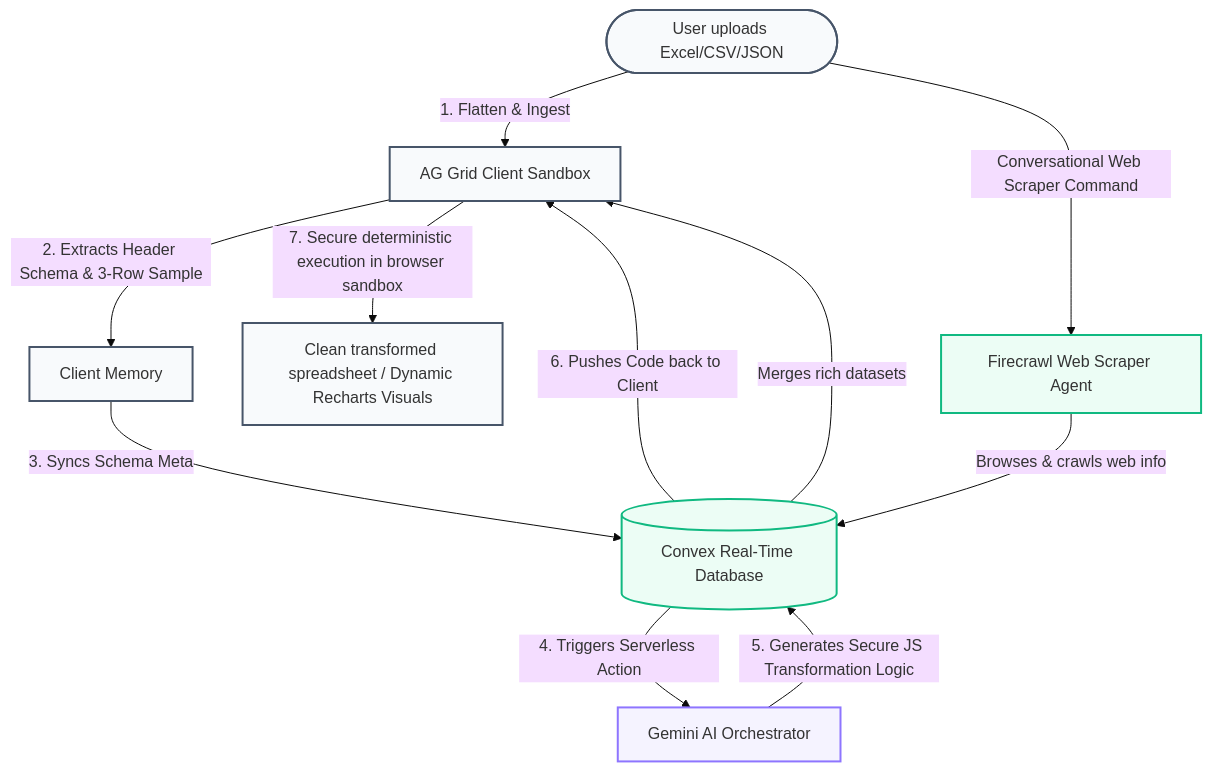
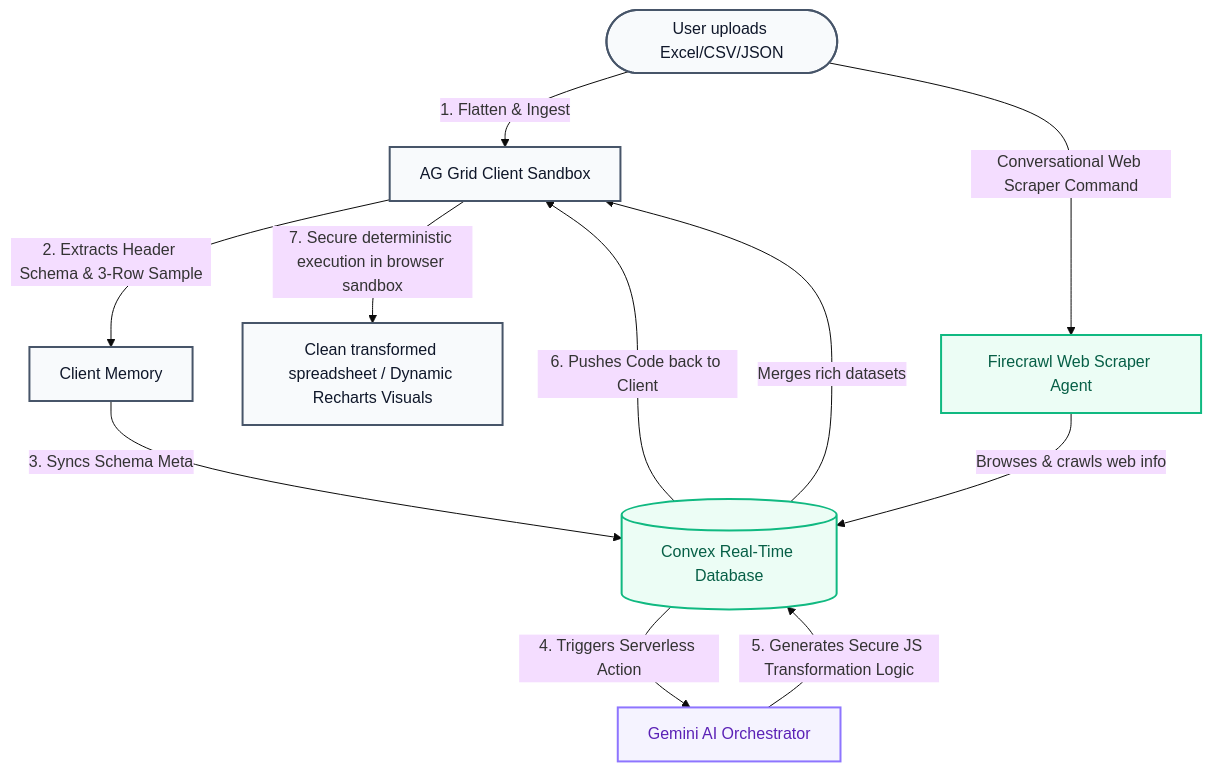
One commit to samolubukun/Catalyst-The-Conversational-Spreadsheet-Agent changed the diagram in README.md. Above: the diagram before and after it, drawn with Mermaid (base theme).

Commit message:
Fix dark mode text readability in Mermaid flowchart

````diff
--- a/README.md
+++ b/README.md
@@ -41,31 +41,31 @@
 ```mermaid
 graph TD
     %% Styling Nodes
-    classDef client fill:#f8fafc,stroke:#475569,stroke-width:2px;
-    classDef convex fill:#ecfdf5,stroke:#10b981,stroke-width:2px;
-    classDef ai fill:#f5f3ff,stroke:#8e75ff,stroke-width:2px;
+    classDef client fill:#f8fafc,stroke:#475569,stroke-width:2px,color:#0f172a;
+    classDef convex fill:#ecfdf5,stroke:#10b981,stroke-width:2px,color:#065f46;
+    classDef ai fill:#f5f3ff,stroke:#8e75ff,stroke-width:2px,color:#5b21b6;
     
     %% User Actions
     User([User uploads Excel/CSV/JSON]) -->|1. Flatten & Ingest| Grid[AG Grid Client Sandbox]
     
     %% Schema Extraction
     Grid -->|2. Extracts Header Schema & 3-Row Sample| LocalEnv[Client Memory]
     LocalEnv -->|3. Syncs Schema Meta| DB[(Convex Real-Time Database)]
     
     %% AI Generation
     DB -->|4. Triggers Serverless Action| AIOrchestrator[Gemini AI Orchestrator]
     AIOrchestrator -->|5. Generates Secure JS Transformation Logic| DB
     
     %% Client execution
     DB -->|6. Pushes Code back to Client| Grid
     Grid -->|7. Secure deterministic execution in browser sandbox| Output[Clean transformed spreadsheet / Dynamic Recharts Visuals]
     
     %% Web scraper integration
     User -->|Conversational Web Scraper Command| ResearchAgent[Firecrawl Web Scraper Agent]
     ResearchAgent -->|Browses & crawls web info| DB
     DB -->|Merges rich datasets| Grid
     
     class User,Grid,LocalEnv,Output client;
     class DB,ResearchAgent convex;
     class AIOrchestrator ai;
 ```
````
